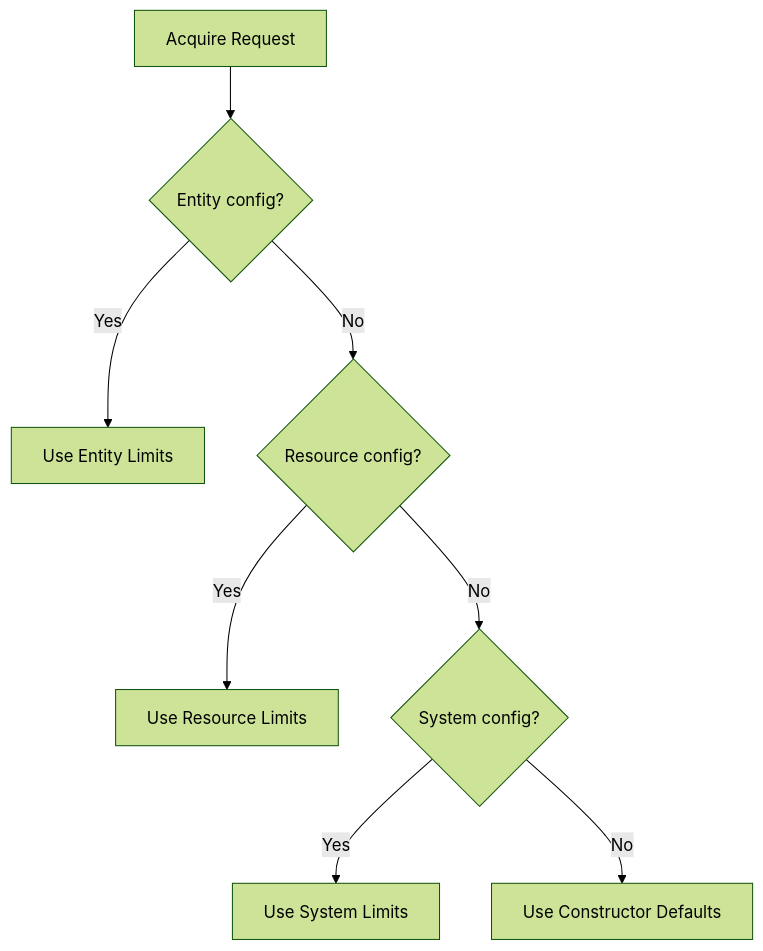
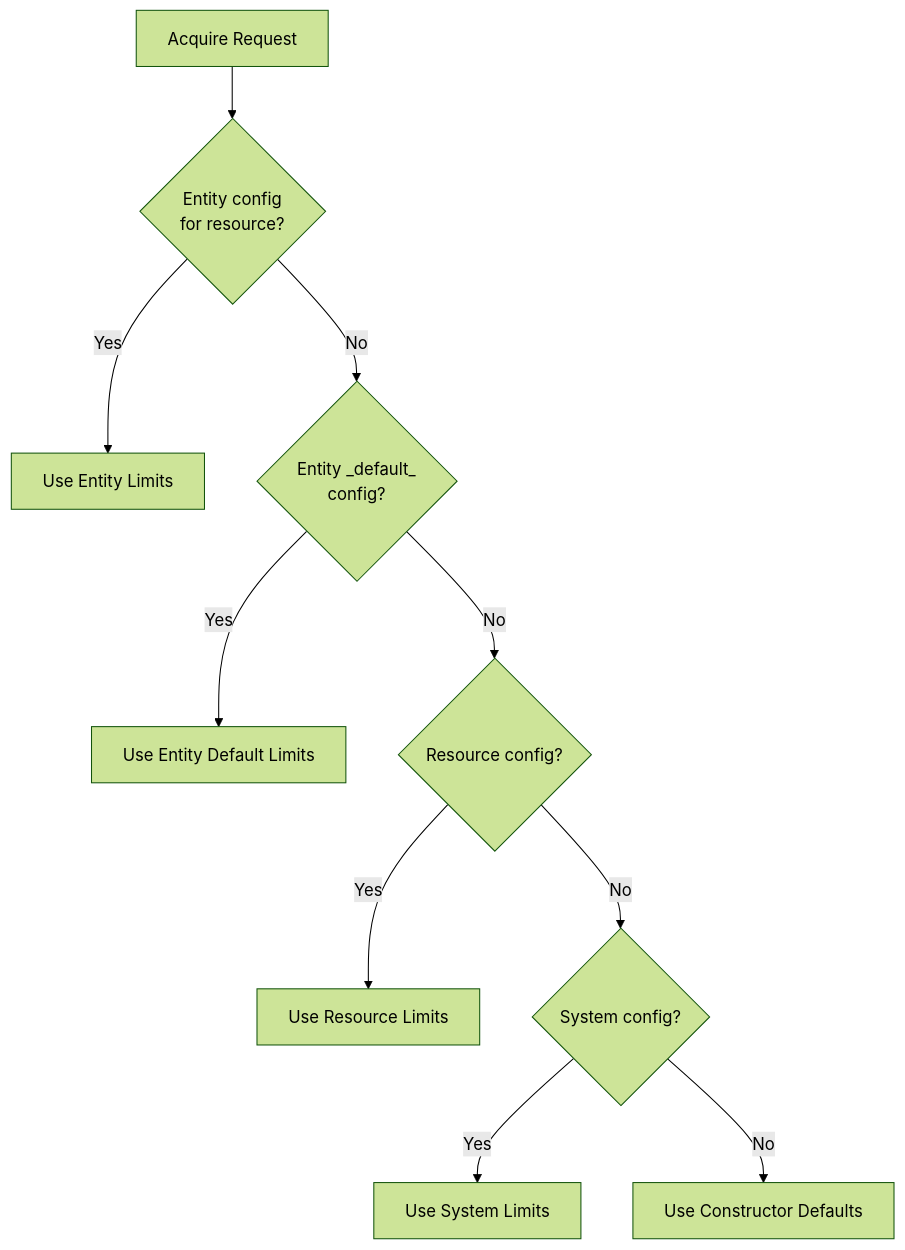
Before and after one commit to zeroae/zae-limiter: the diagram in docs/guide/config-hierarchy.md, drawn with Mermaid (forest theme). The commit also changed other lines of this file and 6 other files, not shown here.

First line of the commit message:
🐛 fix(limiter): use entity _default_ config as fallback in limit resolution

````diff
--- a/docs/guide/config-hierarchy.md
+++ b/docs/guide/config-hierarchy.md
@@ -7,10 +7,12 @@
 ```mermaid
 flowchart TD
-    A[Acquire Request] --> B{Entity config?}
+    A[Acquire Request] --> B{Entity config<br/>for resource?}
     B -->|Yes| C[Use Entity Limits]
-    B -->|No| D{Resource config?}
-    D -->|Yes| E[Use Resource Limits]
-    D -->|No| F{System config?}
-    F -->|Yes| G[Use System Limits]
-    F -->|No| H[Use Constructor Defaults]
+    B -->|No| D{Entity _default_<br/>config?}
+    D -->|Yes| E[Use Entity Default Limits]
+    D -->|No| F{Resource config?}
+    F -->|Yes| G[Use Resource Limits]
+    F -->|No| H{System config?}
+    H -->|Yes| I[Use System Limits]
+    H -->|No| J[Use Constructor Defaults]
 ```
````
